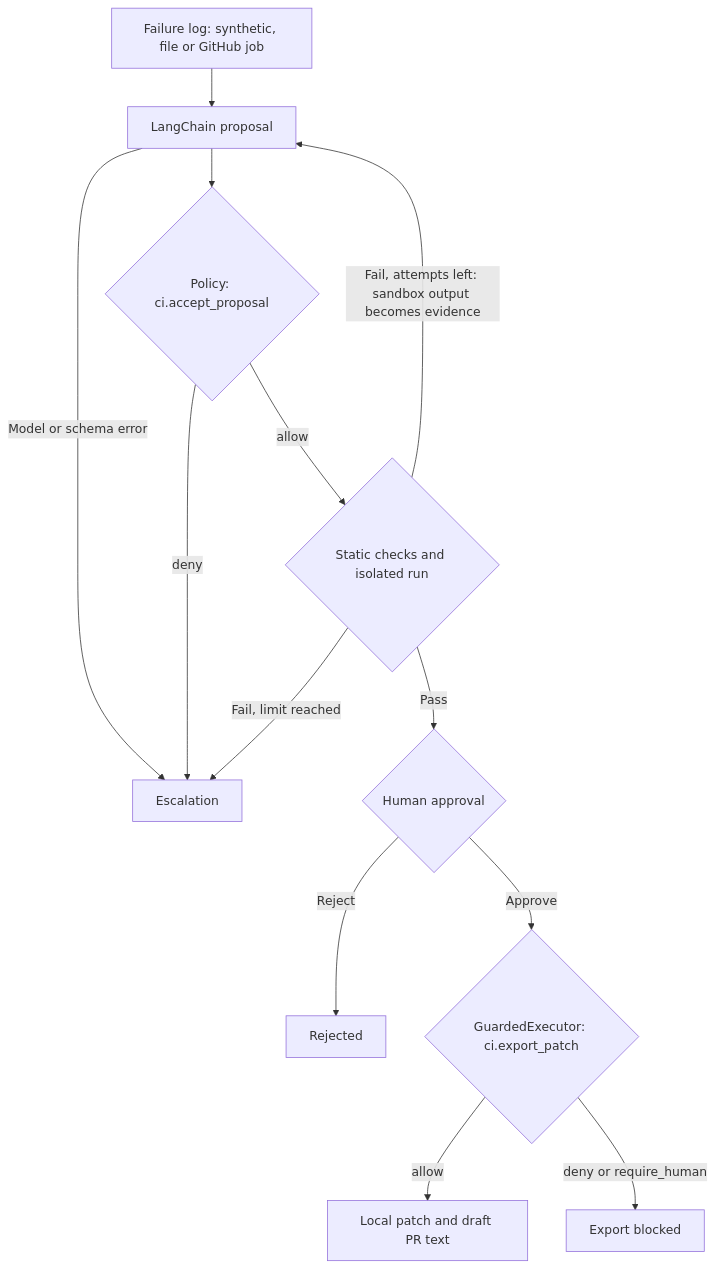
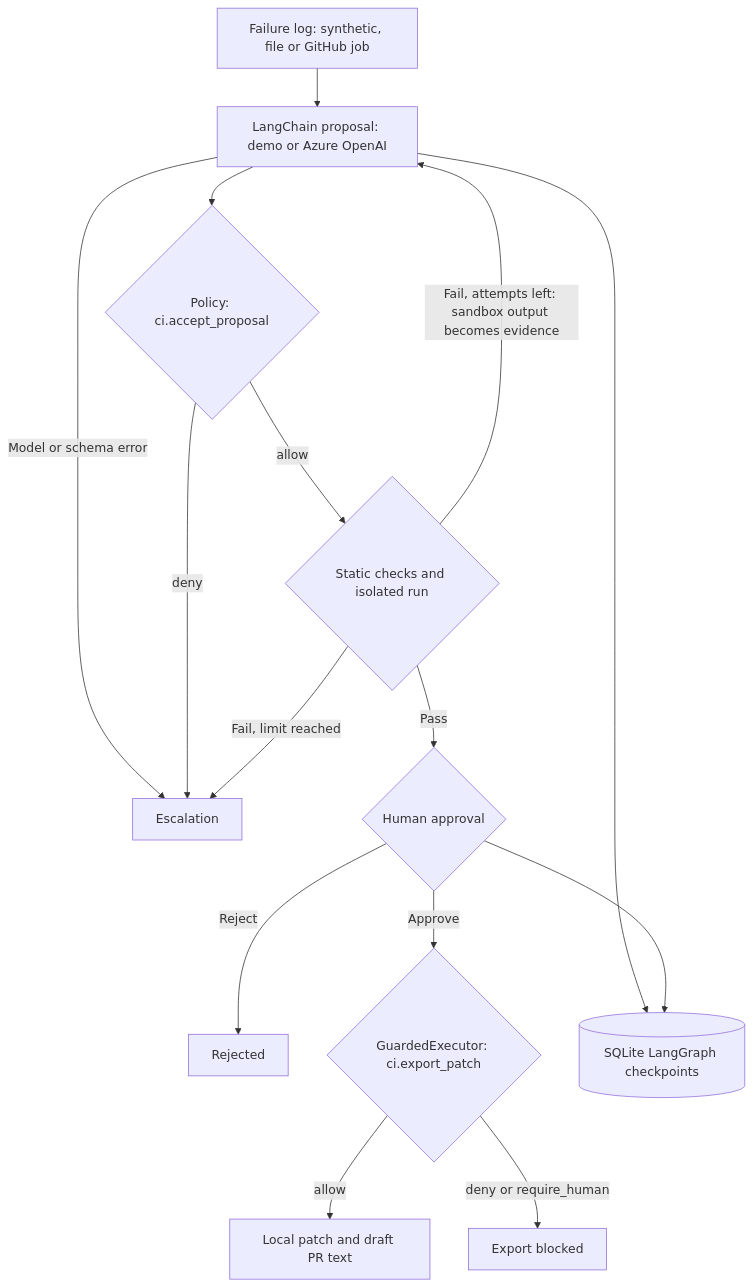
Before and after one commit to JeanneBM/langgraph-ci-repair-agent: the diagram in README.md, drawn with Mermaid.

Commit message:
docs: document project architecture with Mermaid

````diff
--- a/README.md
+++ b/README.md
@@ -52,15 +52,17 @@
 ```mermaid
 flowchart TD
-  L[Failure log: synthetic, file or GitHub job] --> P[LangChain proposal]
+  L["Failure log: synthetic, file or GitHub job"] --> P["LangChain proposal: demo or Azure OpenAI"]
   P -->|Model or schema error| E[Escalation]
   P --> G{Policy: ci.accept_proposal}
   G -->|deny| E
   G -->|allow| V{Static checks and isolated run}
   V -->|Fail, attempts left: sandbox output becomes evidence| P
   V -->|Fail, limit reached| E
   V -->|Pass| H{Human approval}
   H -->|Reject| R[Rejected]
   H -->|Approve| X{GuardedExecutor: ci.export_patch}
-  X -->|allow| D[Local patch and draft PR text]
+  X -->|allow| D["Local patch and draft PR text"]
+  P --> S[("SQLite LangGraph checkpoints")]
+  H --> S
   X -->|deny or require_human| B[Export blocked]
 ```
````
